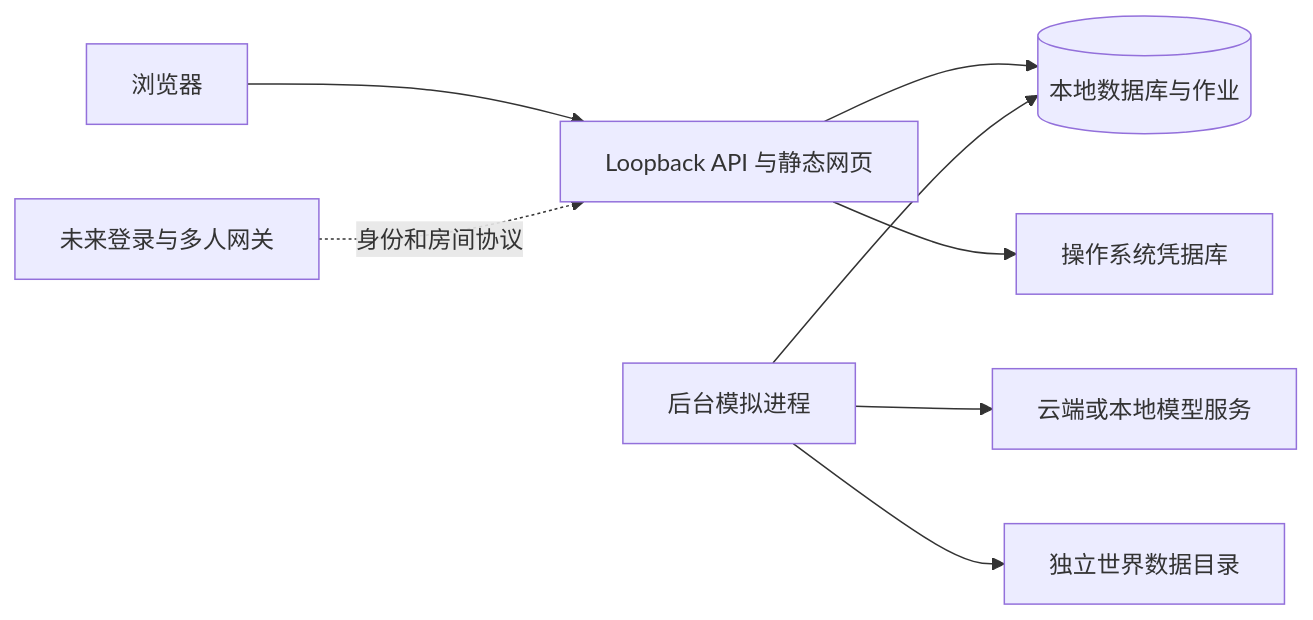
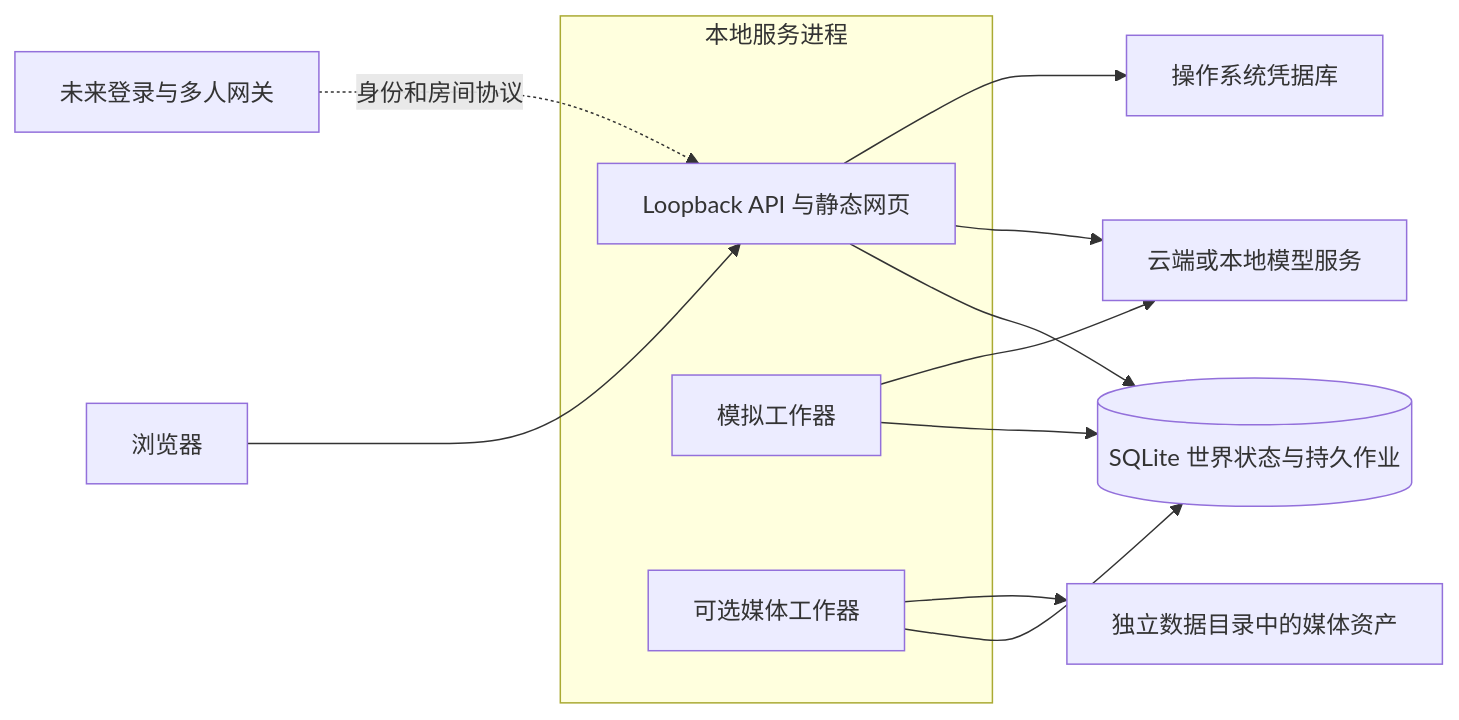
One commit to IdlePoetry-zero/world-engine changed the diagram in docs/diagrams/02-diagram-4.mmd. Above: the diagram before and after it, drawn with Mermaid. The commit also changed 574 other files, not shown here.

```diff
--- a/docs/diagrams/02-diagram-4.mmd
+++ b/docs/diagrams/02-diagram-4.mmd
@@ -1,8 +1,15 @@
 flowchart LR
-    Browser[浏览器] --> Loopback[Loopback API 与静态网页]
-    Loopback --> Queue[(本地数据库与作业)]
-    Worker[后台模拟进程] --> Queue
+    Browser[浏览器] --> Loopback
+    subgraph Local[本地服务进程]
+        Loopback[Loopback API 与静态网页]
+        Worker[模拟工作器]
+        Media[可选媒体工作器]
+    end
+    Loopback --> Queue[(SQLite 世界状态与持久作业)]
+    Worker --> Queue
+    Media --> Queue
     Worker --> Providers[云端或本地模型服务]
+    Loopback --> Providers
     Loopback --> Vault[操作系统凭据库]
-    Worker --> Files[独立世界数据目录]
+    Media --> Files[独立数据目录中的媒体资产]
     Future[未来登录与多人网关] -. 身份和房间协议 .-> Loopback
```
